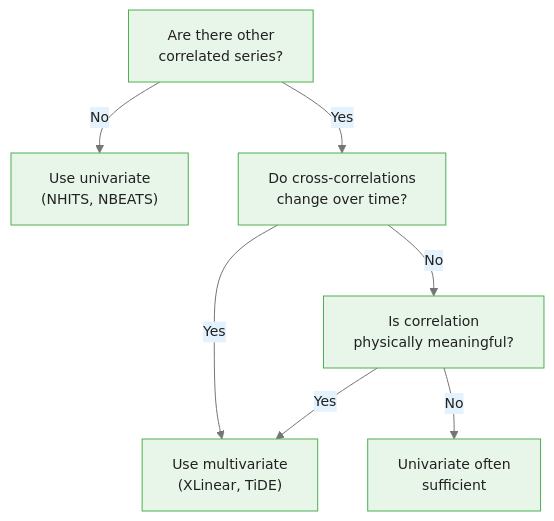
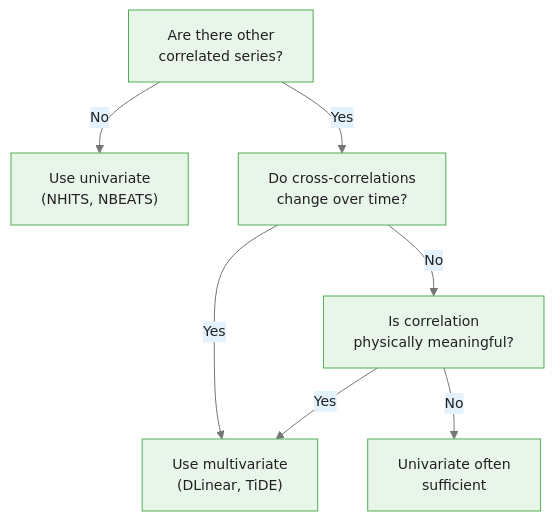
Before and after one commit to m-deane/course-creator: the diagram in courses/time-series-forecasting-neuralforecast/modules/module_05_xlinear/guides/02_multivariate_forecasting.md, drawn with Mermaid. The commit also changed other lines of this file and 56 other files, not shown here.

````diff
--- a/courses/time-series-forecasting-neuralforecast/modules/module_05_xlinear/guides/02_multivariate_forecasting.md
+++ b/courses/time-series-forecasting-neuralforecast/modules/module_05_xlinear/guides/02_multivariate_forecasting.md
@@ -14,11 +14,11 @@
 ```mermaid
 %%{init: {"theme": "base", "themeVariables": {"primaryColor": "#e8f5e9", "primaryBorderColor": "#4caf50", "primaryTextColor": "#212121", "secondaryColor": "#e3f2fd", "tertiaryColor": "#fff8e1", "lineColor": "#757575", "fontFamily": "Inter, sans-serif", "fontSize": "14px"}}}%%
 flowchart TD
     Q1["Are there other\ncorrelated series?"]
     Q1 -->|No| UV["Use univariate\n(NHITS, NBEATS)"]
     Q1 -->|Yes| Q2["Do cross-correlations\nchange over time?"]
     Q2 -->|No| Q3["Is correlation\nphysically meaningful?"]
-    Q2 -->|Yes| MV["Use multivariate\n(XLinear, TiDE)"]
+    Q2 -->|Yes| MV["Use multivariate\n(DLinear, TiDE)"]
     Q3 -->|Yes| MV
     Q3 -->|No| UV2["Univariate often\nsufficient"]
 ```
````
